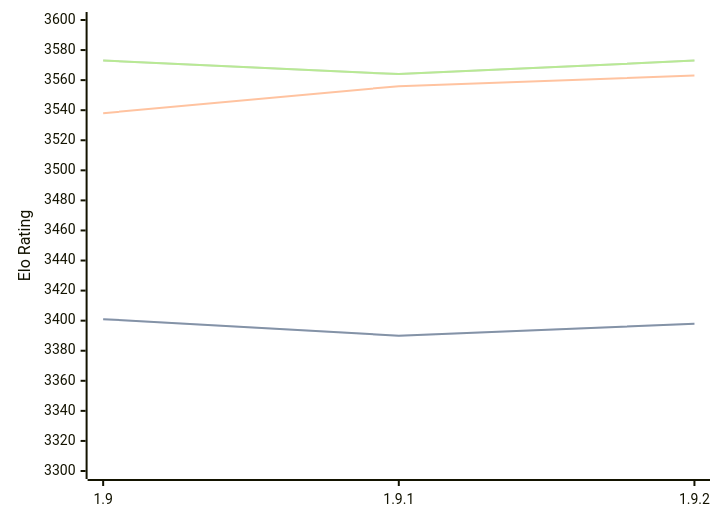
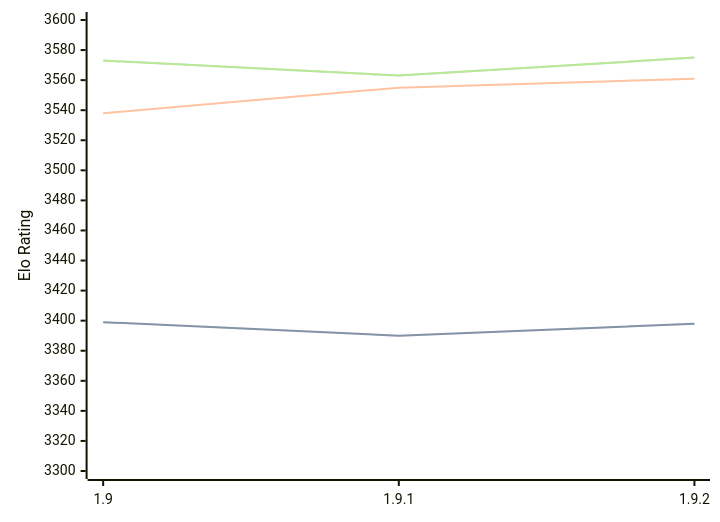
Before and after one commit to computer-chess-index/cci: the diagram in engines/Pawnocchio.md, drawn with Mermaid. The commit also changed other lines of this file, not shown here.

Commit message:
Update CCI Ratings (ELO VLTC) - 2026-03-19

````diff
--- a/engines/Pawnocchio.md
+++ b/engines/Pawnocchio.md
@@ -46,11 +48,11 @@
 ```mermaid
 %%{init: {"theme":"base","themeVariables":{"seriesColors:['#a3a3a3','#222221','#faa371']}}}%%
 xychart-beta
   x-axis ["1.9", "1.9.1", "1.9.2"]
   y-axis "Elo Rating" 3300 --> 3600
-  line "STC (8.0+0.08s)" [3401, 3390, 3398]
-  line "STC (8.0+0.08s)" [3401, 3390, 3398]
-  line "LTC (60.0+0.60s)" [3538, 3556, 3563]
-  line "VLTC (2m24s+1.12s)" [3573, 3564, 3573]
-  line "VLTC (2m24s+1.12s)" [3573, 3564, 3573]
+  line "STC (8.0+0.08s)" [3399, 3390, 3398]
+  line "STC (8.0+0.08s)" [3399, 3390, 3398]
+  line "LTC (60.0+0.60s)" [3538, 3555, 3561]
+  line "VLTC (2m24s+1.12s)" [3573, 3563, 3575]
+  line "VLTC (2m24s+1.12s)" [3573, 3563, 3575]
 ```
````
